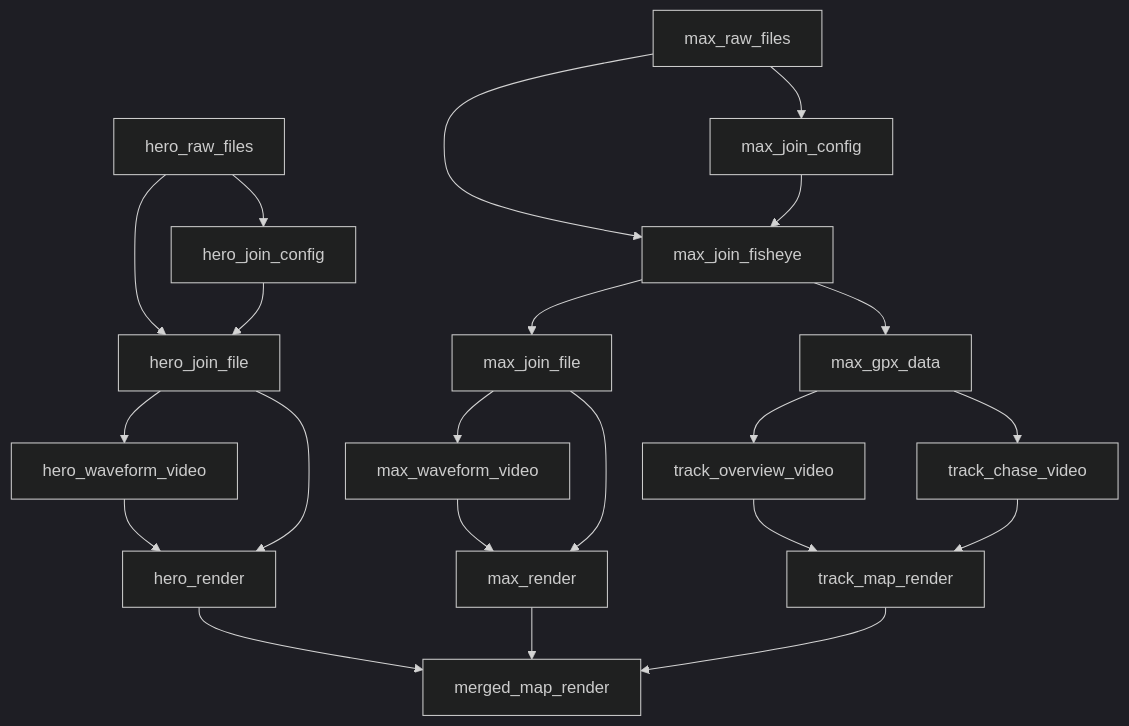
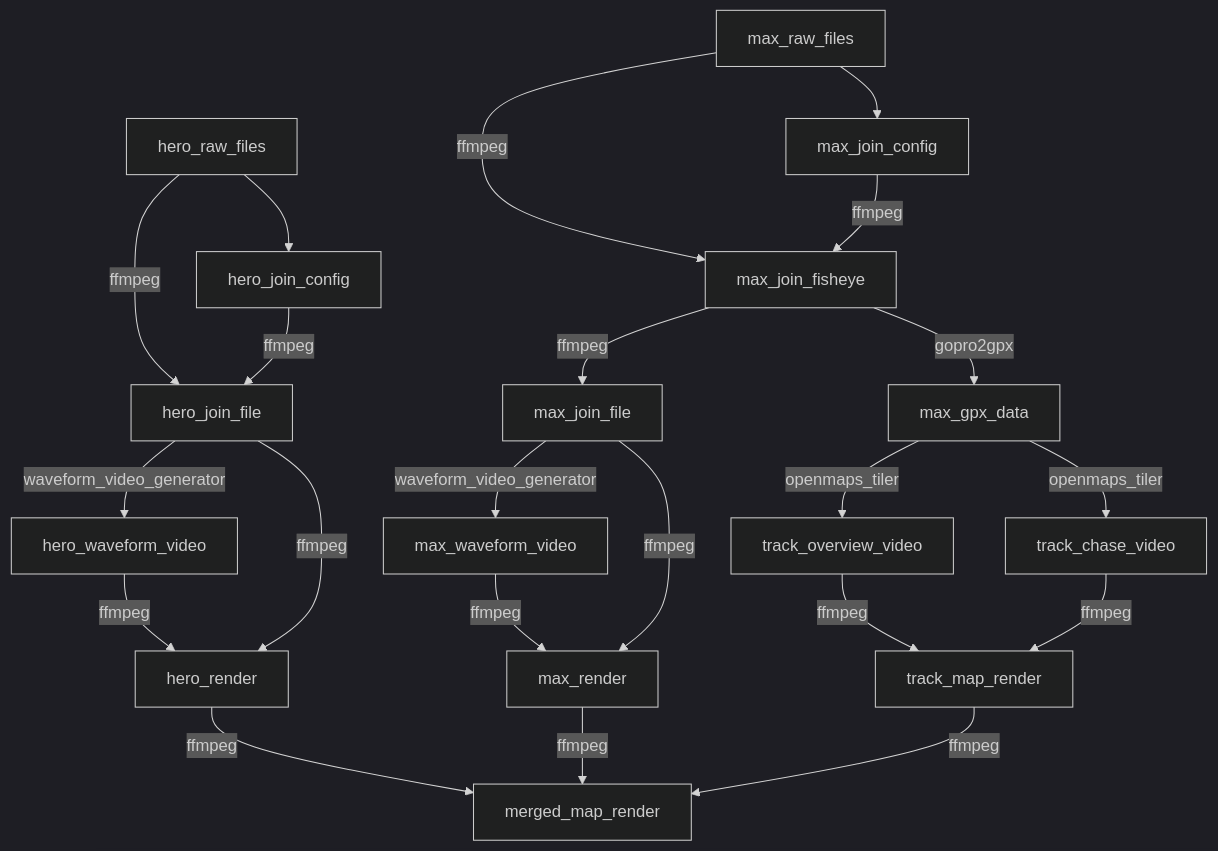
Before and after one commit to stakita/video_compositor: the diagram in README.md, drawn with Mermaid (dark theme). The commit also changed other lines of this file, not shown here.

````diff
--- a/README.md
+++ b/README.md
@@ -81,30 +87,30 @@
 ```mermaid
 graph TD
 
 hero_raw_files --> hero_join_config
-hero_raw_files --> hero_join_file
-hero_join_config --> hero_join_file
+hero_raw_files -->|ffmpeg| hero_join_file
+hero_join_config -->|ffmpeg| hero_join_file
 
-hero_join_file --> hero_waveform_video
-hero_waveform_video --> hero_render
+hero_join_file -->|waveform_video_generator| hero_waveform_video
+hero_waveform_video -->|ffmpeg| hero_render
 
-hero_join_file --> hero_render
+hero_join_file -->|ffmpeg| hero_render
 
 max_raw_files --> max_join_config
-max_raw_files --> max_join_fisheye
-max_join_config --> max_join_fisheye
-max_join_fisheye --> max_join_file
-max_join_fisheye --> max_gpx_data
-max_join_file --> max_waveform_video
-max_waveform_video --> max_render
-max_join_file --> max_render
+max_raw_files -->|ffmpeg| max_join_fisheye
+max_join_config -->|ffmpeg| max_join_fisheye
+max_join_fisheye -->|ffmpeg| max_join_file
+max_join_fisheye -->|gopro2gpx| max_gpx_data
+max_join_file -->|waveform_video_generator| max_waveform_video
+max_waveform_video -->|ffmpeg| max_render
+max_join_file -->|ffmpeg| max_render
 
-max_gpx_data --> track_overview_video
-max_gpx_data --> track_chase_video
-track_overview_video --> track_map_render
-track_chase_video --> track_map_render
+max_gpx_data -->|openmaps_tiler| track_overview_video
+max_gpx_data -->|openmaps_tiler| track_chase_video
+track_overview_video -->|ffmpeg| track_map_render
+track_chase_video -->|ffmpeg| track_map_render
 
-hero_render --> merged_map_render
-max_render --> merged_map_render
-track_map_render --> merged_map_render
+hero_render -->|ffmpeg| merged_map_render
+max_render -->|ffmpeg| merged_map_render
+track_map_render -->|ffmpeg| merged_map_render
 ```
````
